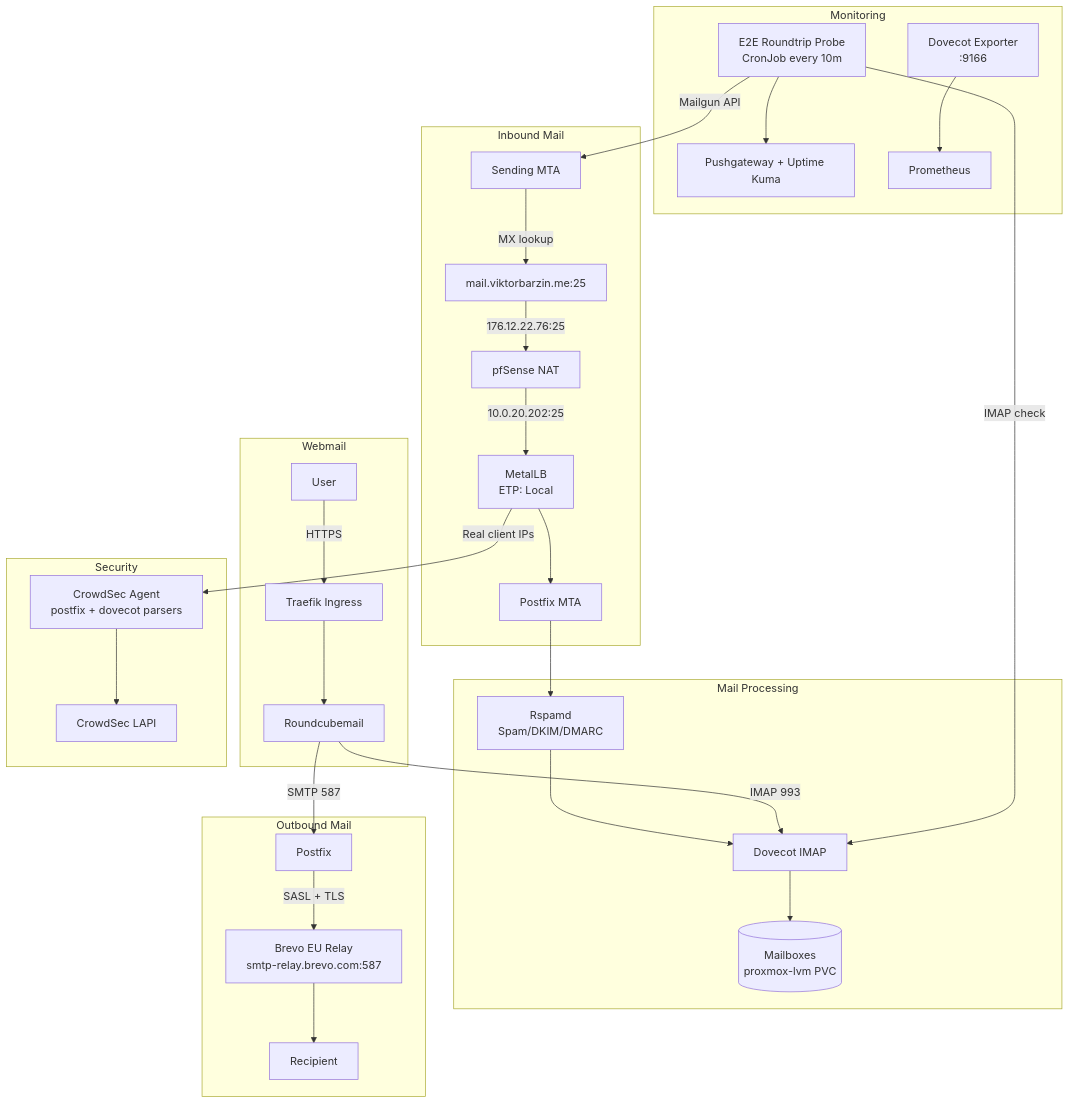
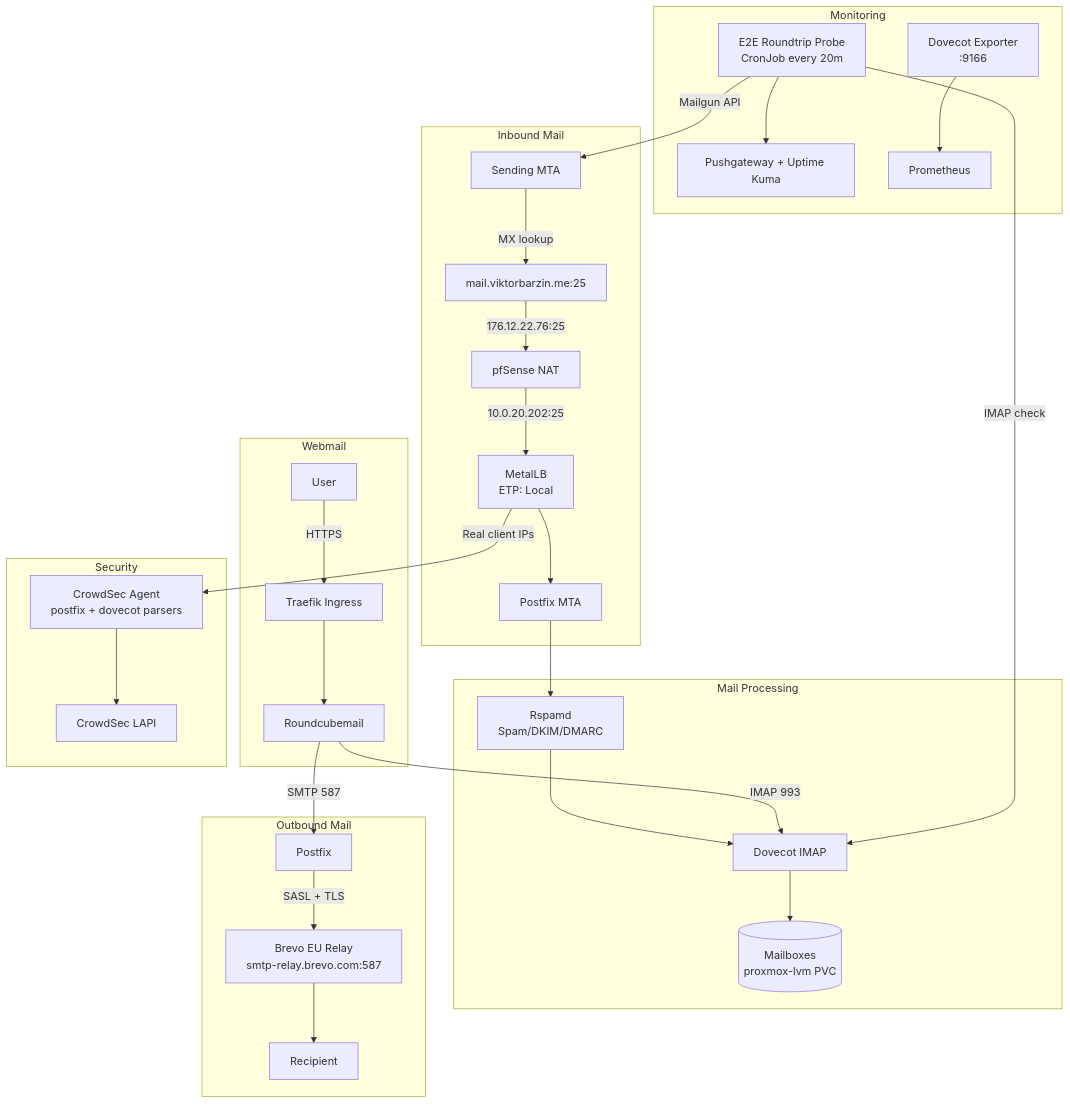
One commit to ViktorBarzin/infra changed the diagram in docs/architecture/mailserver.md. Above: the diagram before and after it, drawn with Mermaid. The commit also changed 1 other file, not shown here.

Commit message:
docs(mailserver): remove HTML visual, fix probe frequency in diagram

````diff
--- a/docs/architecture/mailserver.md
+++ b/docs/architecture/mailserver.md
@@ -11,39 +11,39 @@
 ```mermaid
 graph TB
     subgraph "Inbound Mail"
         SENDER[Sending MTA] -->|MX lookup| MX[mail.viktorbarzin.me:25]
         MX -->|176.12.22.76:25| PF[pfSense NAT]
         PF -->|10.0.20.202:25| MLB[MetalLB<br/>ETP: Local]
         MLB --> POSTFIX[Postfix MTA]
     end
 
     subgraph "Mail Processing"
         POSTFIX --> RSPAMD[Rspamd<br/>Spam/DKIM/DMARC]
         RSPAMD --> DOVECOT[Dovecot IMAP]
         DOVECOT --> MAILBOX[(Mailboxes<br/>proxmox-lvm PVC)]
     end
 
     subgraph "Outbound Mail"
         POSTFIX_OUT[Postfix] -->|SASL + TLS| MAILGUN[Brevo EU Relay<br/>smtp-relay.brevo.com:587]
         MAILGUN --> RECIPIENT[Recipient]
     end
 
     subgraph "Webmail"
         USER[User] -->|HTTPS| TRAEFIK[Traefik Ingress]
         TRAEFIK --> RC[Roundcubemail]
         RC -->|IMAP 993| DOVECOT
         RC -->|SMTP 587| POSTFIX_OUT
     end
 
     subgraph "Security"
         MLB -->|Real client IPs| CS_AGENT[CrowdSec Agent<br/>postfix + dovecot parsers]
         CS_AGENT --> CS_LAPI[CrowdSec LAPI]
     end
 
     subgraph "Monitoring"
-        PROBE[E2E Roundtrip Probe<br/>CronJob every 10m] -->|Mailgun API| SENDER
+        PROBE[E2E Roundtrip Probe<br/>CronJob every 20m] -->|Mailgun API| SENDER
         PROBE -->|IMAP check| DOVECOT
         PROBE --> PUSH[Pushgateway + Uptime Kuma]
         DEXP[Dovecot Exporter<br/>:9166] --> PROM[Prometheus]
     end
 ```
````
